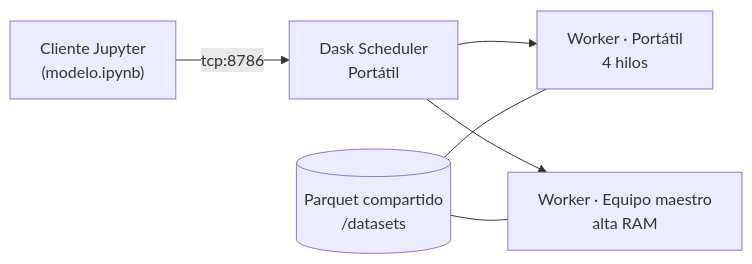
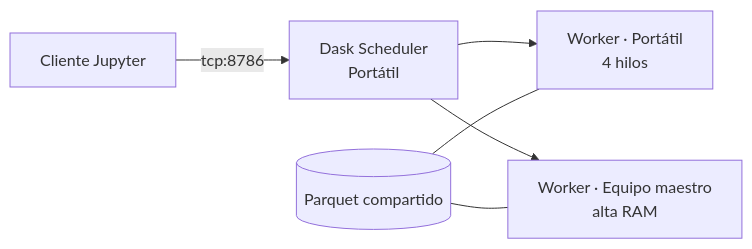
One commit to fabiantovarc/computacion_distribuida_delitos_eeuu_l2 changed the second of 2 diagrams in README.md. Above: the diagram before and after it, drawn with Mermaid. The commit also changed other lines of this file, not shown here.

````diff
--- a/README.md
+++ b/README.md
@@ -58,8 +91,8 @@
 ```mermaid
 flowchart LR
-    C["Cliente Jupyter<br/>(modelo.ipynb)"] -->|tcp:8786| S["Dask Scheduler<br/>Portátil"]
+    C["Cliente Jupyter"] -->|tcp:8786| S["Dask Scheduler<br/>Portátil"]
     S --> W1["Worker · Portátil<br/>4 hilos"]
     S --> W2["Worker · Equipo maestro<br/>alta RAM"]
-    D[("Parquet compartido<br/>/datasets")] --- W1
+    D[("Parquet compartido")] --- W1
     D --- W2
 ```
````
